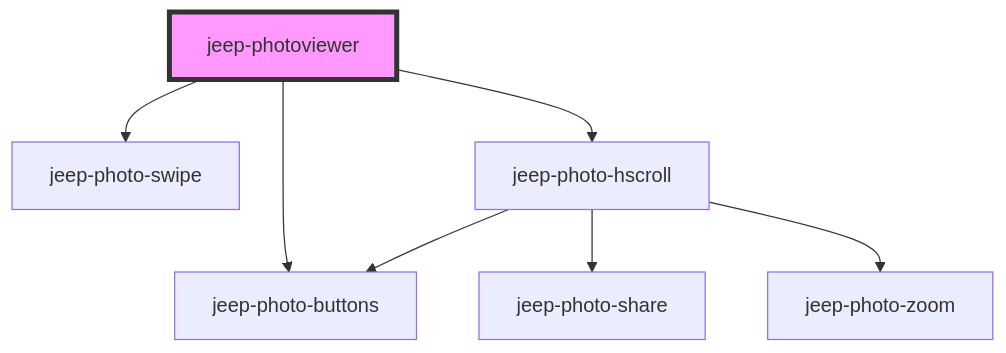
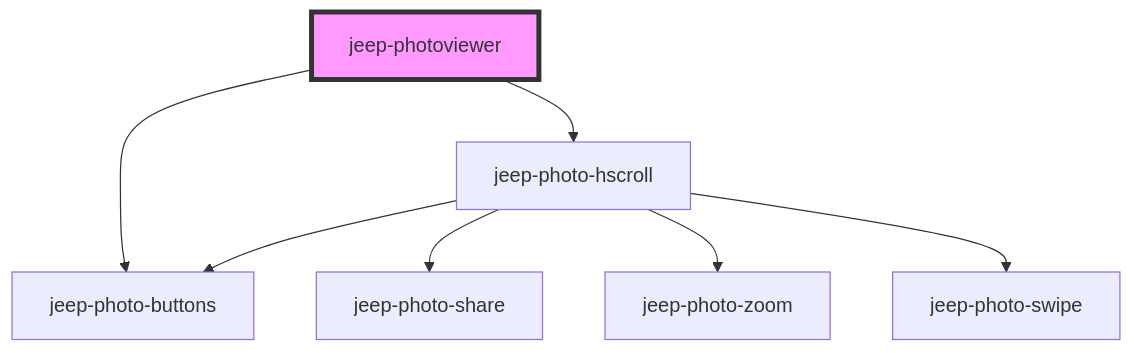
The diagram in src/components/jeep-photoviewer/readme.md (jepiqueau/jeep-photoviewer), drawn with Mermaid before and after one commit. The commit also changed other lines of this file and 8 other files, not shown here.

````diff
--- a/src/components/jeep-photoviewer/readme.md
+++ b/src/components/jeep-photoviewer/readme.md
@@ -124,10 +123,10 @@
 ```mermaid
 graph TD;
-  jeep-photoviewer --> jeep-photo-swipe
   jeep-photoviewer --> jeep-photo-hscroll
   jeep-photoviewer --> jeep-photo-buttons
   jeep-photo-hscroll --> jeep-photo-buttons
   jeep-photo-hscroll --> jeep-photo-share
   jeep-photo-hscroll --> jeep-photo-zoom
+  jeep-photo-hscroll --> jeep-photo-swipe
   style jeep-photoviewer fill:#f9f,stroke:#333,stroke-width:4px
 ```
````
